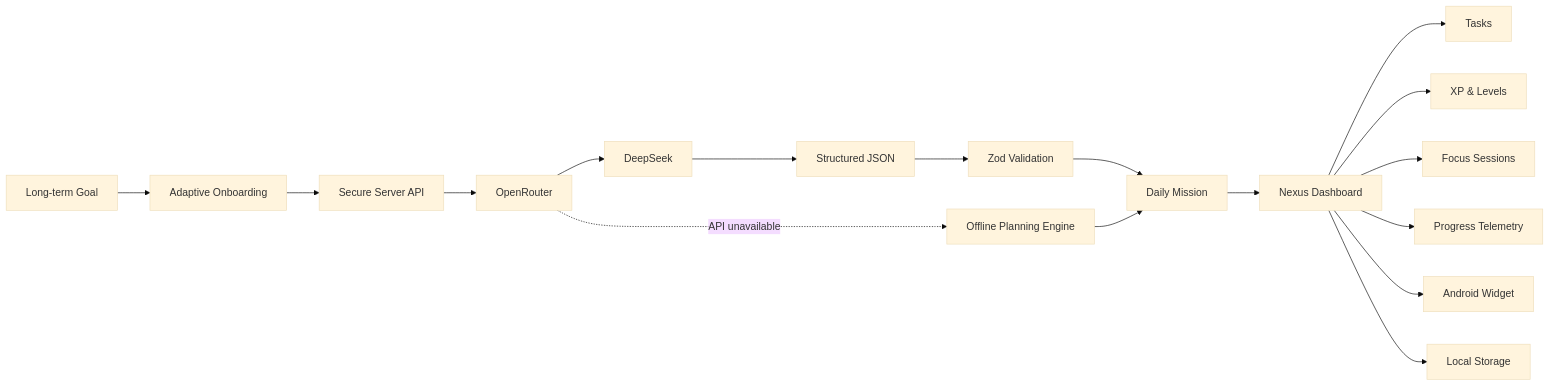
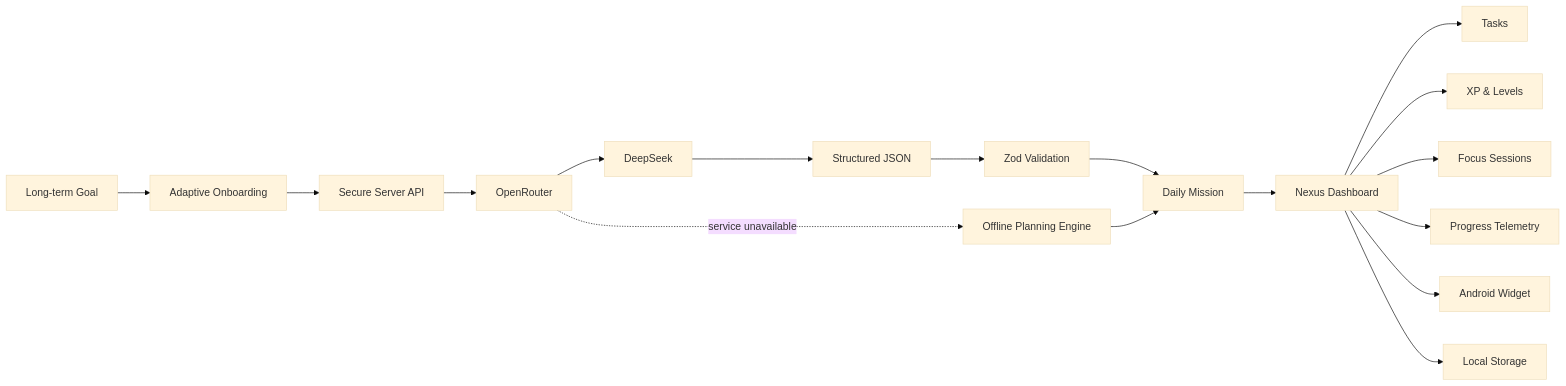
Before and after one commit to Guuh-dev/Guhh-dev: the first of 3 diagrams in README.md, drawn with Mermaid (base theme). The commit also changed other lines of this file, not shown here.

````diff
--- a/README.md
+++ b/README.md
@@ -205,21 +209,21 @@
 ```mermaid
 flowchart LR
     A["Long-term Goal"] --> B["Adaptive Onboarding"]
     B --> C["Secure Server API"]
     C --> D["OpenRouter"]
     D --> E["DeepSeek"]
     E --> F["Structured JSON"]
     F --> G["Zod Validation"]
     G --> H["Daily Mission"]
 
     H --> I["Nexus Dashboard"]
     I --> J["Tasks"]
     I --> K["XP & Levels"]
     I --> L["Focus Sessions"]
     I --> M["Progress Telemetry"]
     I --> N["Android Widget"]
     I --> O["Local Storage"]
 
-    D -. API unavailable .-> P["Offline Planning Engine"]
+    D -. service unavailable .-> P["Offline Planning Engine"]
     P --> H
 ```
````
